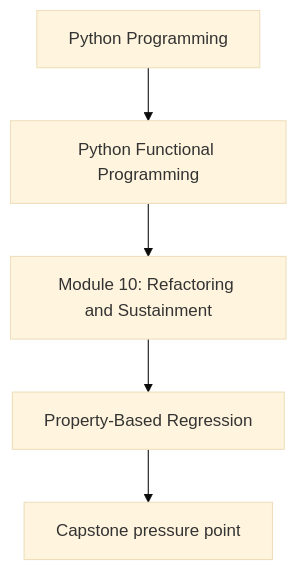
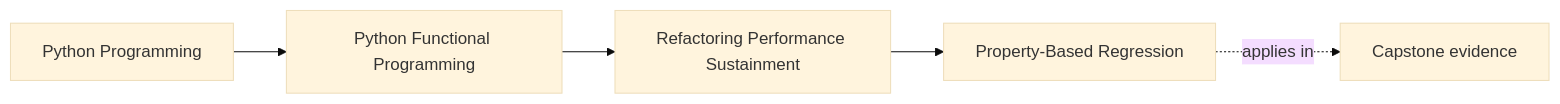
Before and after one commit to bijux/bijux-masterclass: the first of 2 diagrams in programs/python-programming/python-functional-programming/course-book/module-10-refactoring-performance-sustainment/property-based-regression.md, drawn with Mermaid (base theme). The commit also changed other lines of this file and 108 other files, not shown here.

Commit message:
docs(python-functional-programming): map capstone and advanced design surfaces

````diff
--- a/programs/python-programming/python-functional-programming/course-book/module-10-refactoring-performance-sustainment/property-based-regression.md
+++ b/programs/python-programming/python-functional-programming/course-book/module-10-refactoring-performance-sustainment/property-based-regression.md
@@ -7,7 +7,11 @@
 ```mermaid
-flowchart TD
-  family["Python Programming"] --> program["Python Functional Programming"]
-  program --> module["Module 10: Refactoring and Sustainment"]
-  module --> concept["Property-Based Regression"]
-  concept --> capstone["Capstone pressure point"]
+graph LR
+  family["Python Programming"]
+  program["Python Functional Programming"]
+  section["Refactoring Performance Sustainment"]
+  page["Property-Based Regression"]
+  capstone["Capstone evidence"]
+
+  family --> program --> section --> page
+  page -.applies in.-> capstone
 ```
````
